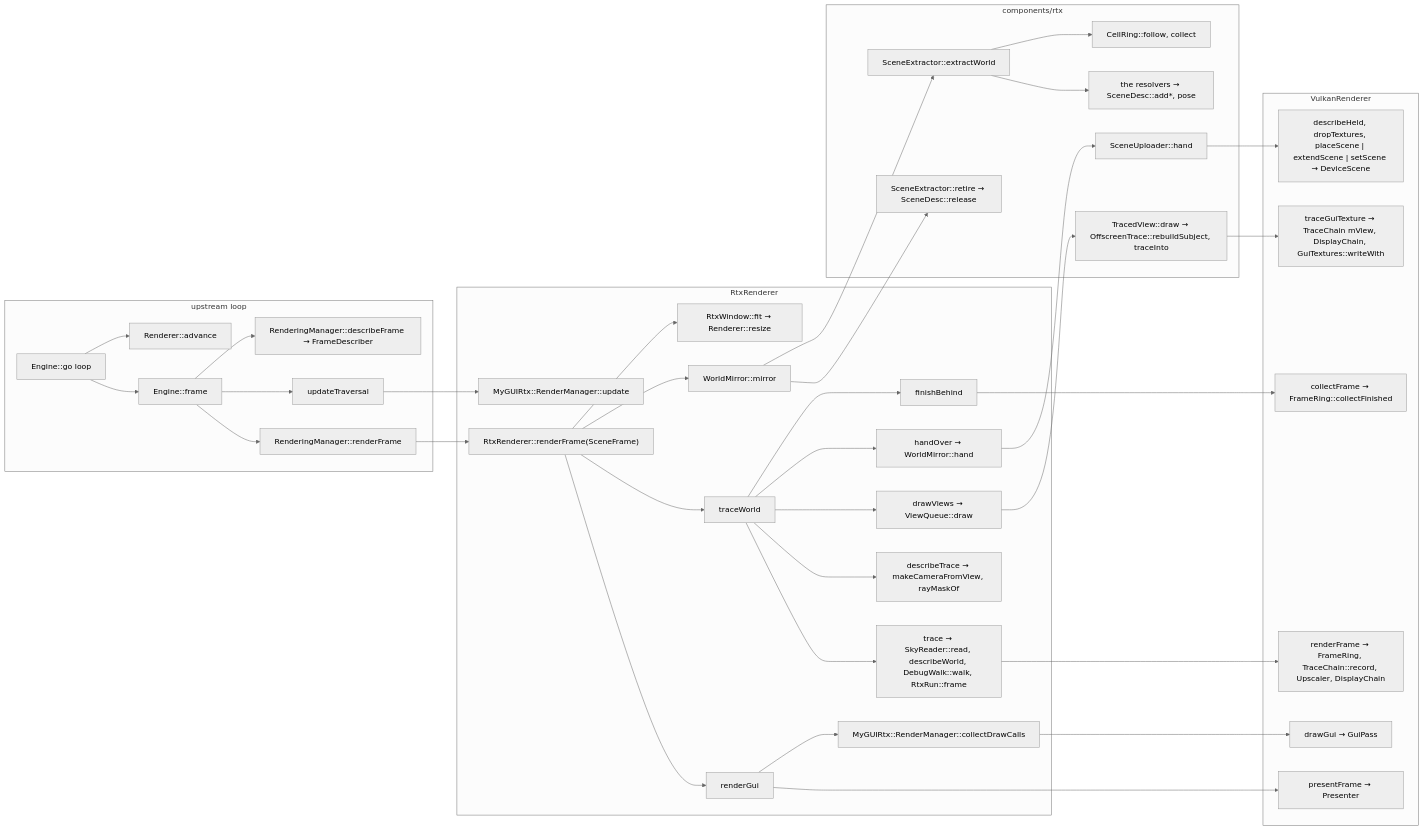
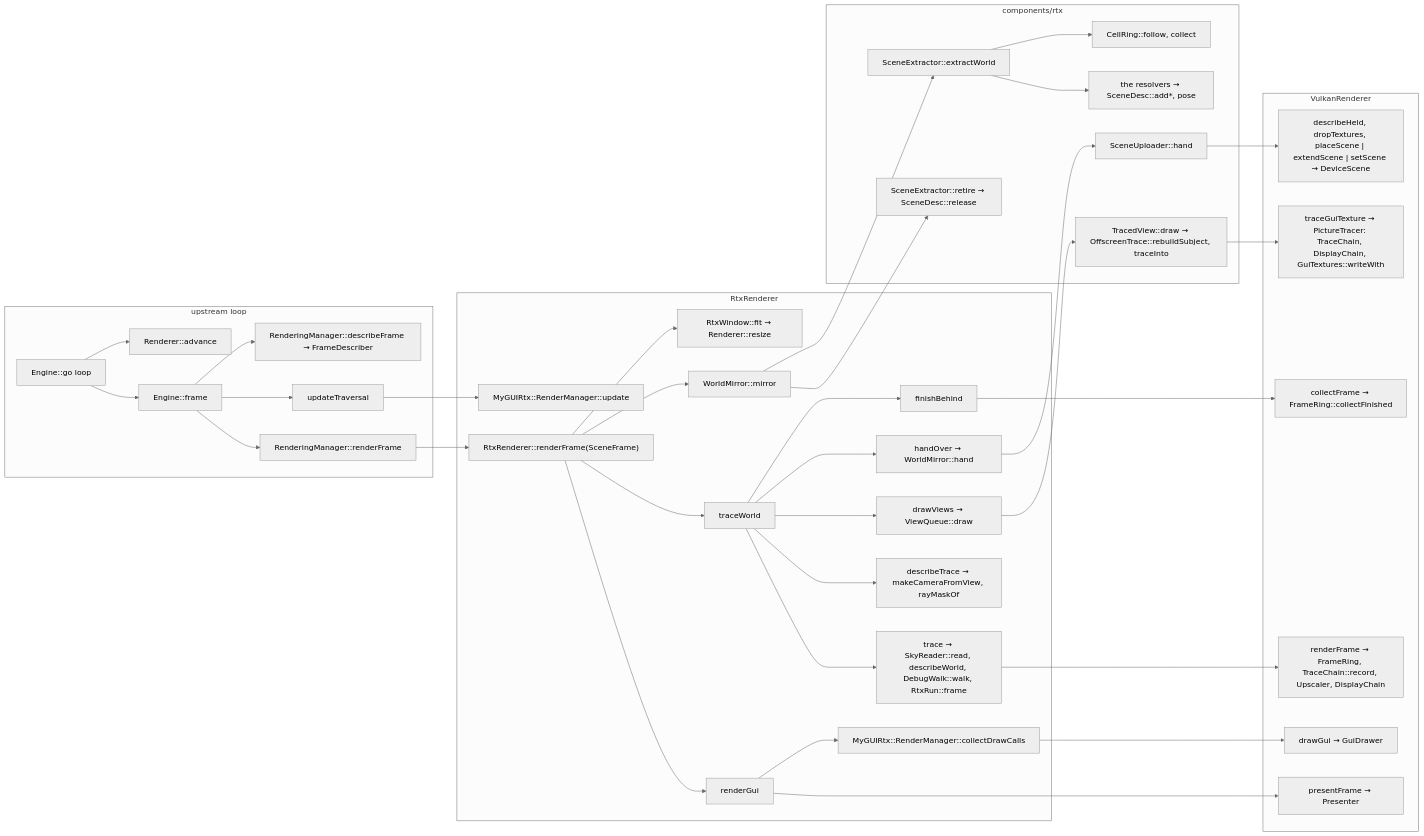
One commit to xorza/openmw-rtx changed the second of 2 diagrams in docs/rtx/architecture.md. Above: the diagram before and after it, drawn with Mermaid (neutral theme). The commit also changed other lines of this file and 29 other files, not shown here.

````diff
--- a/docs/rtx/architecture.md
+++ b/docs/rtx/architecture.md
@@ -851,74 +873,74 @@
 ```mermaid
 graph LR
     subgraph engine ["upstream loop"]
         go["Engine::go loop"]
         advance["Renderer::advance"]
         frame["Engine::frame"]
         ut["updateTraversal"]
         describe["RenderingManager::describeFrame → FrameDescriber"]
         render["RenderingManager::renderFrame"]
         go --> advance
         go --> frame
         frame --> describe
         frame --> ut
         frame --> render
     end
 
     subgraph rtx ["RtxRenderer"]
         rf["RtxRenderer::renderFrame(SceneFrame)"]
         fit["RtxWindow::fit → Renderer::resize"]
         mirror["WorldMirror::mirror"]
         tw["traceWorld"]
         gui["renderGui"]
         fb["finishBehind"]
         ho["handOver → WorldMirror::hand"]
         dv["drawViews → ViewQueue::draw"]
         dt["describeTrace → makeCameraFromView, rayMaskOf"]
         tr["trace → SkyReader::read, describeWorld, DebugWalk::walk, RtxRun::frame"]
         upd["MyGUIRtx::RenderManager::update"]
         cdc["MyGUIRtx::RenderManager::collectDrawCalls"]
         rf --> fit
         rf --> mirror
         rf --> tw
         rf --> gui
         tw --> fb
         tw --> ho
         tw --> dv
         tw --> dt
         tw --> tr
         gui --> cdc
     end
 
     subgraph core ["components/rtx"]
         ext["SceneExtractor::extractWorld"]
         ring["CellRing::follow, collect"]
         res["the resolvers → SceneDesc::add*, pose"]
         up["SceneUploader::hand"]
         retire["SceneExtractor::retire → SceneDesc::release"]
         tvd["TracedView::draw → OffscreenTrace::rebuildSubject, traceInto"]
         ext --> ring
         ext --> res
     end
 
     subgraph backend ["VulkanRenderer"]
         be["describeHeld, dropTextures, placeScene | extendScene | setScene → DeviceScene"]
         vrf["renderFrame → FrameRing, TraceChain::record, Upscaler, DisplayChain"]
-        gt["traceGuiTexture → TraceChain mView, DisplayChain, GuiTextures::writeWith"]
-        dg["drawGui → GuiPass"]
+        gt["traceGuiTexture → PictureTracer: TraceChain, DisplayChain, GuiTextures::writeWith"]
+        dg["drawGui → GuiDrawer"]
         pr["presentFrame → Presenter"]
         collect["collectFrame → FrameRing::collectFinished"]
     end
 
     ut --> upd
     render --> rf
     mirror --> ext
     mirror --> retire
     ho --> up
     up --> be
     dv --> tvd
     tvd --> gt
     tr --> vrf
     cdc --> dg
     gui --> pr
     fb --> collect
 ```
````
